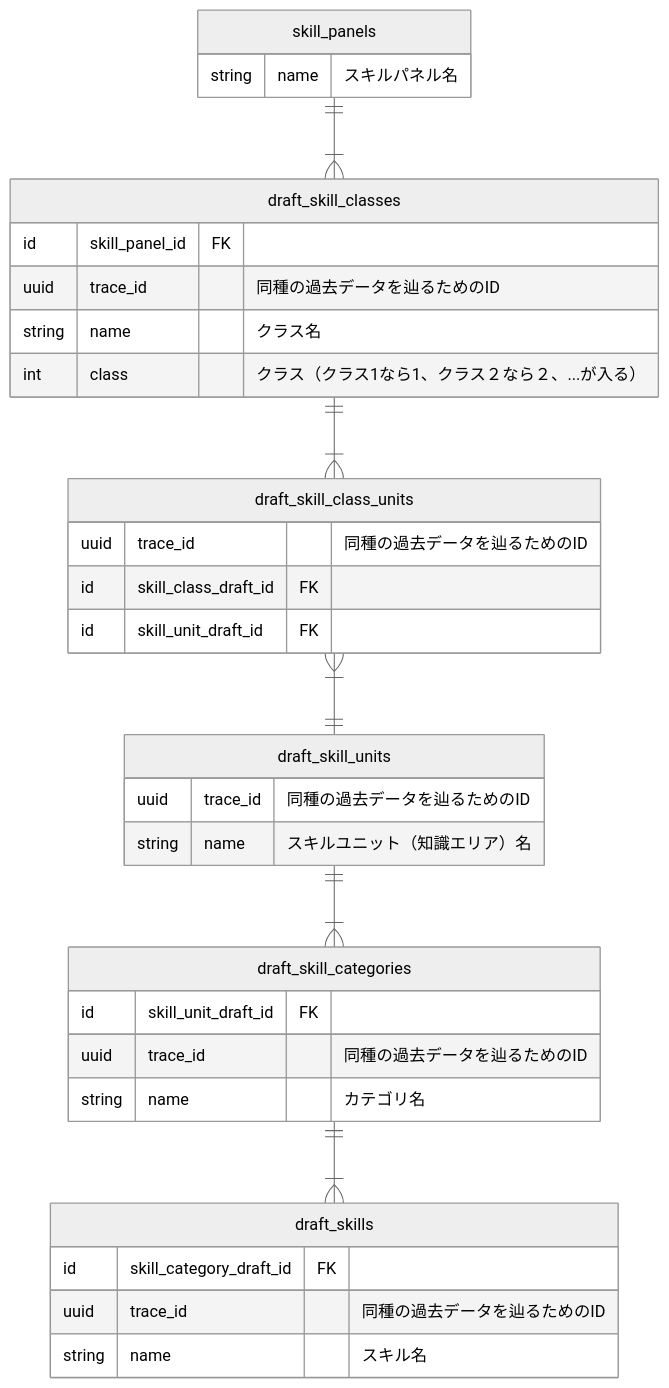
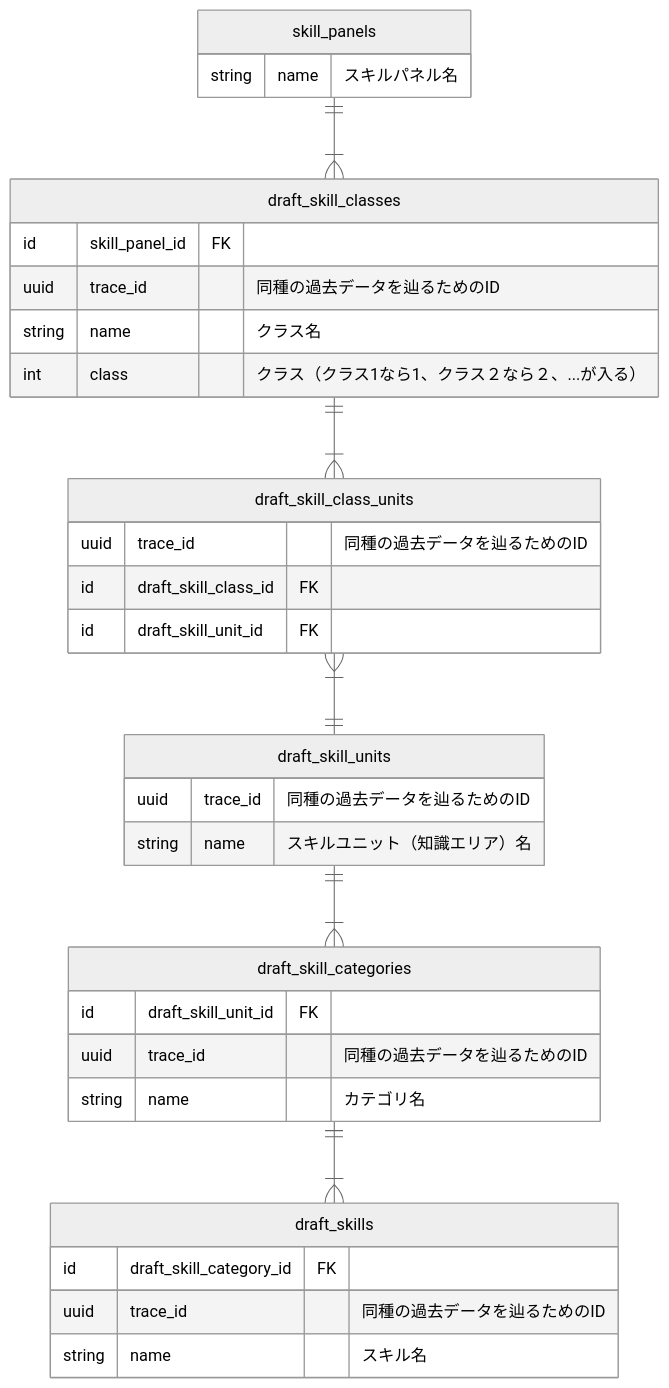
Before and after one commit to bright-org/bright: the first of 3 diagrams in docs/logics/update_skill_panels.md, drawn with Mermaid (neutral theme). The commit also changed other lines of this file, not shown here.

````diff
--- a/docs/logics/update_skill_panels.md
+++ b/docs/logics/update_skill_panels.md
@@ -36,42 +36,42 @@
 ```mermaid
 erDiagram
   skill_panels ||--|{ draft_skill_classes : ""
   draft_skill_classes ||--|{ draft_skill_class_units : ""
   draft_skill_class_units }|--|| draft_skill_units : ""
   draft_skill_units ||--|{ draft_skill_categories : ""
   draft_skill_categories ||--|{ draft_skills : ""
 
   skill_panels {
     string name "スキルパネル名"
   }
 
   draft_skill_classes {
     id skill_panel_id FK
     uuid trace_id "同種の過去データを辿るためのID"
     string name "クラス名"
     int class "クラス（クラス1なら1、クラス２なら２、...が入る）"
   }
 
   draft_skill_class_units {
     uuid trace_id "同種の過去データを辿るためのID"
-    id skill_class_draft_id FK
-    id skill_unit_draft_id FK
+    id draft_skill_class_id FK
+    id draft_skill_unit_id FK
   }
 
   draft_skill_units {
     uuid trace_id "同種の過去データを辿るためのID"
     string name "スキルユニット（知識エリア）名"
   }
 
   draft_skill_categories {
-    id skill_unit_draft_id FK
+    id draft_skill_unit_id FK
     uuid trace_id "同種の過去データを辿るためのID"
     string name "カテゴリ名"
   }
 
   draft_skills {
-    id skill_category_draft_id FK
+    id draft_skill_category_id FK
     uuid trace_id "同種の過去データを辿るためのID"
     string name "スキル名"
   }
 ```
````
